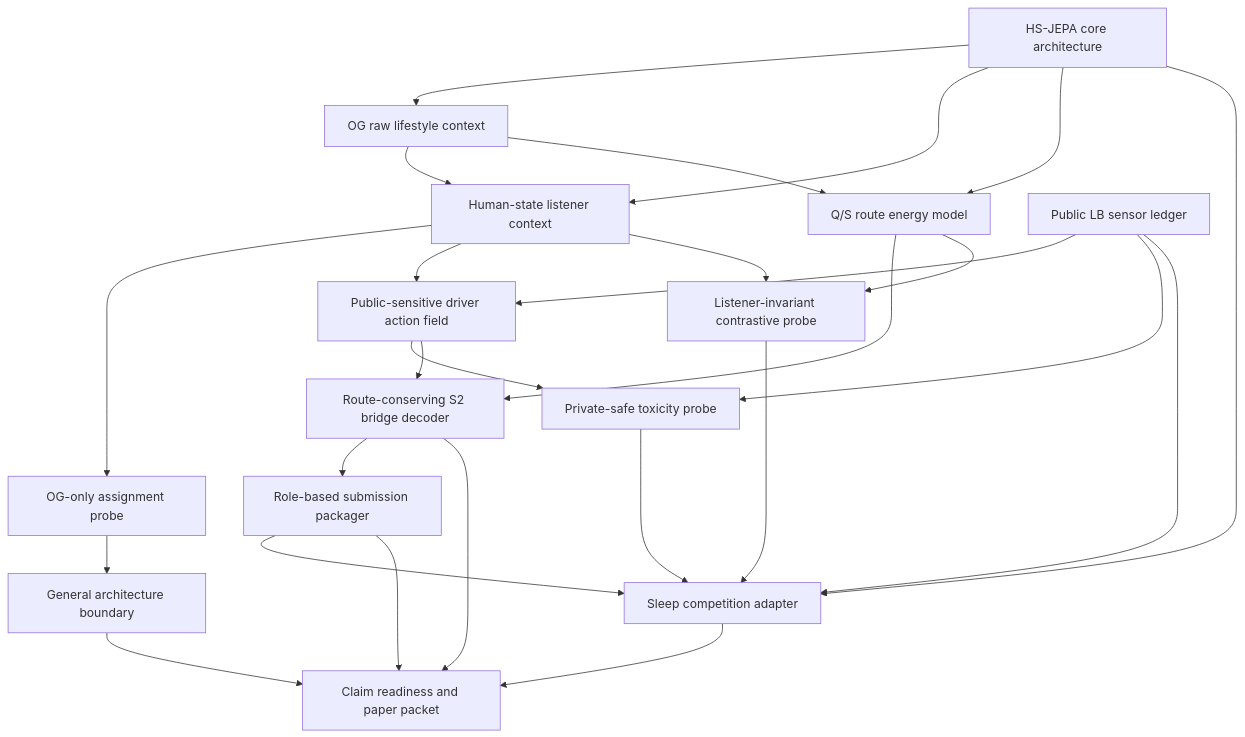
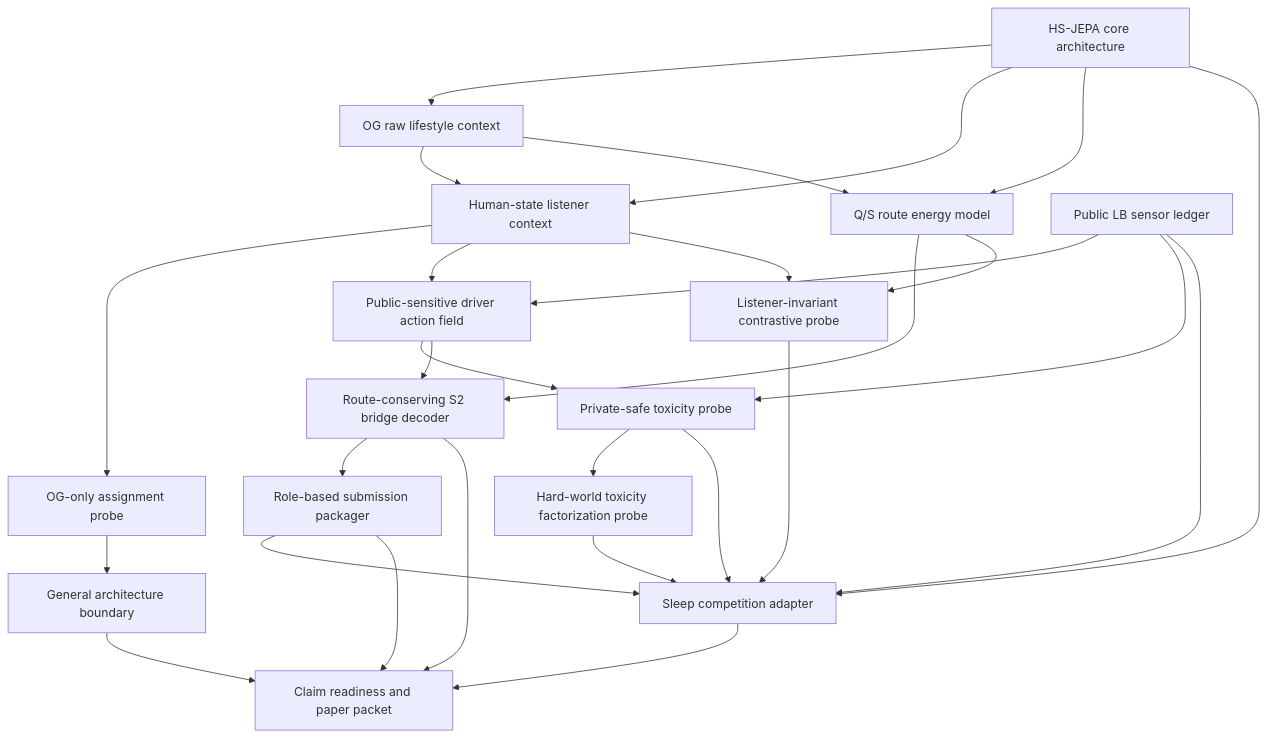
Before and after one commit to kbsooo/etri: the diagram in team_hsjepa_end_to_end/outputs/route_conserving_s2_bridge/hsjepa_pipeline_manifest_ko.md, drawn with Mermaid. The commit also changed other lines of this file and 26 other files, not shown here.

````diff
--- a/team_hsjepa_end_to_end/outputs/route_conserving_s2_bridge/hsjepa_pipeline_manifest_ko.md
+++ b/team_hsjepa_end_to_end/outputs/route_conserving_s2_bridge/hsjepa_pipeline_manifest_ko.md
@@ -13,28 +13,30 @@
 ```mermaid
 flowchart TD
     CORE["HS-JEPA core architecture"] --> A["OG raw lifestyle context"]
     CORE --> C["Human-state listener context"]
     CORE --> D["Q/S route energy model"]
     A["OG raw lifestyle context"] --> C["Human-state listener context"]
     A --> D["Q/S route energy model"]
     C --> P1["OG-only assignment probe"]
     P1 --> GEN["General architecture boundary"]
     B["Public LB sensor ledger"] --> E["Public-sensitive driver action field"]
     C --> E
     D --> F["Route-conserving S2 bridge decoder"]
     C --> P2["Listener-invariant contrastive probe"]
     D --> P2
     B --> P3["Private-safe toxicity probe"]
     E --> P3
+    P3 --> P4["Hard-world toxicity factorization probe"]
     E --> F
     F --> G["Role-based submission packager"]
     G --> ADAPT["Sleep competition adapter"]
     CORE --> ADAPT
     B --> ADAPT
     P2 --> ADAPT
     P3 --> ADAPT
+    P4 --> ADAPT
     GEN --> H["Claim readiness and paper packet"]
     ADAPT --> H["Claim readiness and paper packet"]
     G --> H["Claim readiness and paper packet"]
     F --> H
 ```
````
